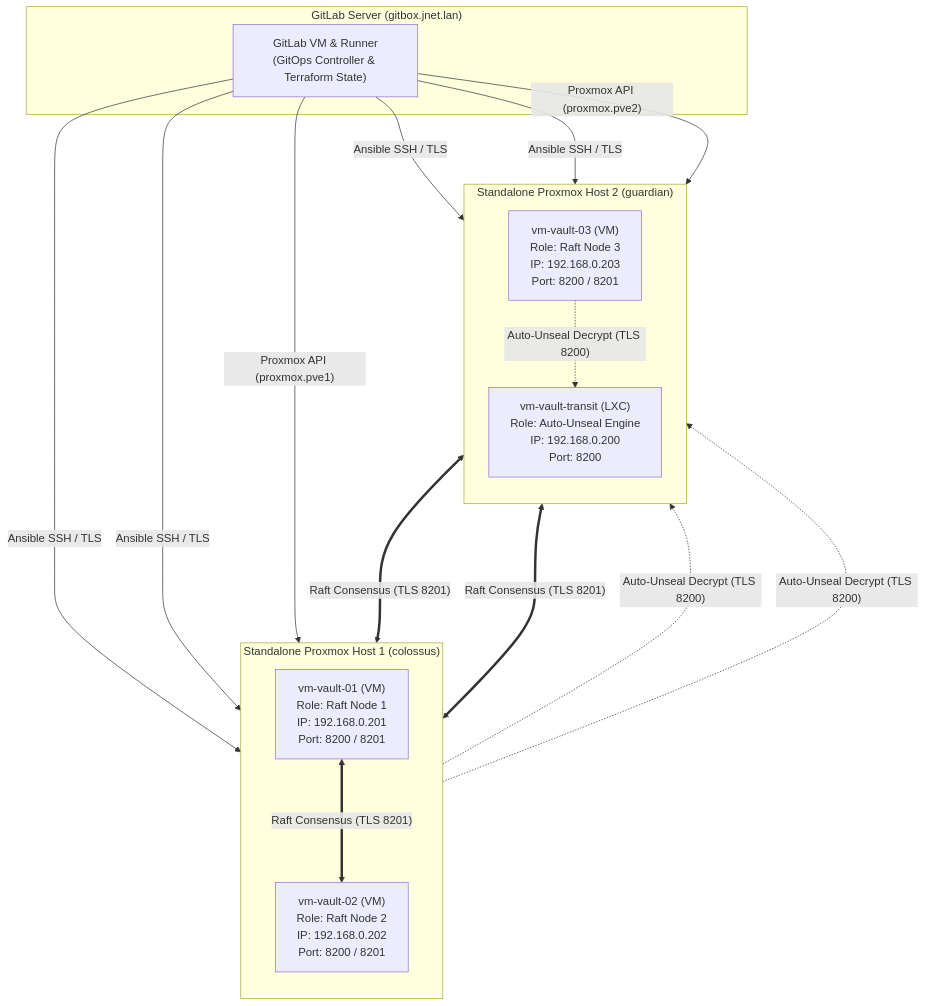
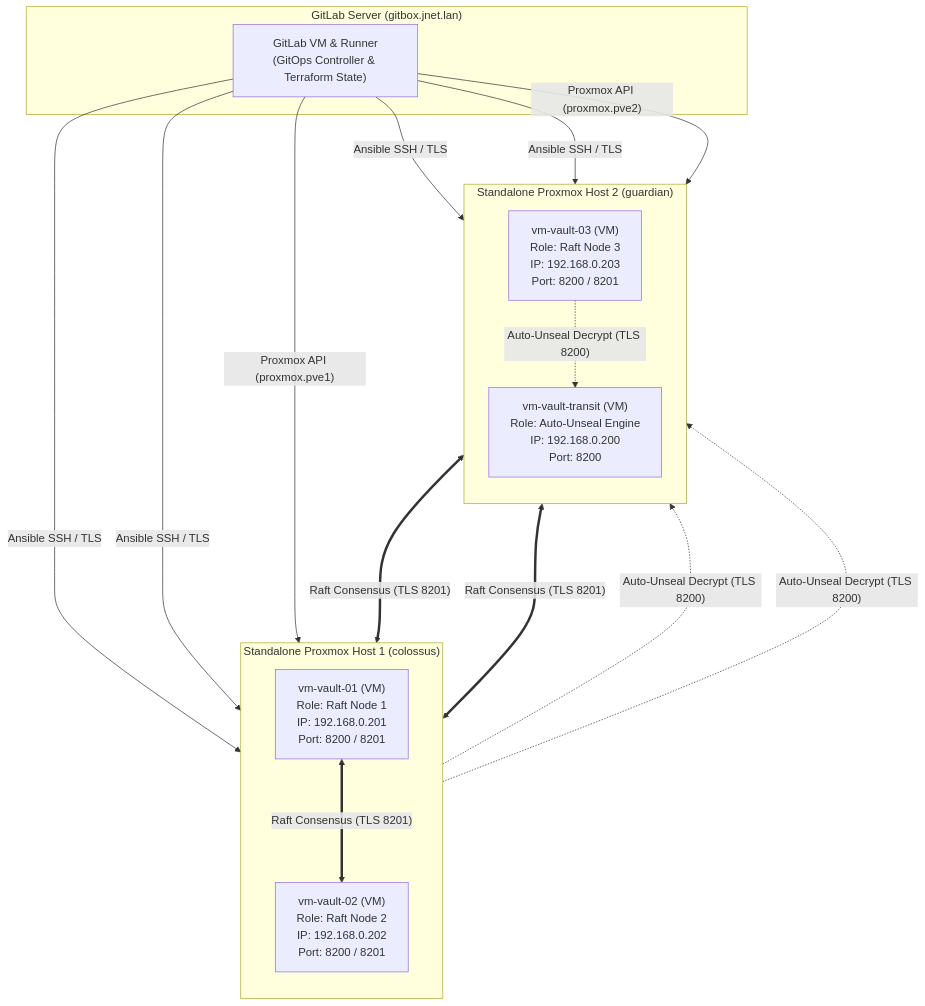
One commit to antonj-code/vault-bootstrap changed the first of 3 diagrams in docs/architecture.md. Above: the diagram before and after it, drawn with Mermaid. The commit also changed other lines of this file and 9 other files, not shown here.

Commit message:
feat(transit): switch Transit Auto-Unseal from LXC to lightweight VM cloned from Template 1000 for 100% automated provisioning

````diff
--- a/docs/architecture.md
+++ b/docs/architecture.md
@@ -9,36 +9,36 @@
 ```mermaid
 flowchart TB
     subgraph Physical_Host_1["Standalone Proxmox Host 1 (colossus)"]
         direction TB
         V1["vm-vault-01 (VM)<br/>Role: Raft Node 1<br/>IP: 192.168.0.201<br/>Port: 8200 / 8201"]
         V2["vm-vault-02 (VM)<br/>Role: Raft Node 2<br/>IP: 192.168.0.202<br/>Port: 8200 / 8201"]
     end
 
     subgraph Physical_Host_2["Standalone Proxmox Host 2 (guardian)"]
         direction TB
         V3["vm-vault-03 (VM)<br/>Role: Raft Node 3<br/>IP: 192.168.0.203<br/>Port: 8200 / 8201"]
-        VT["vm-vault-transit (LXC)<br/>Role: Auto-Unseal Engine<br/>IP: 192.168.0.200<br/>Port: 8200"]
+        VT["vm-vault-transit (VM)<br/>Role: Auto-Unseal Engine<br/>IP: 192.168.0.200<br/>Port: 8200"]
     end
 
     subgraph Management_Host["GitLab Server (gitbox.jnet.lan)"]
         GL["GitLab VM & Runner<br/>(GitOps Controller & Terraform State)"]
     end
 
     %% Raft Consensus
     V1 <===>|"Raft Consensus (TLS 8201)"| V2
     V2 <===>|"Raft Consensus (TLS 8201)"| V3
     V3 <===>|"Raft Consensus (TLS 8201)"| V1
 
     %% Auto Unseal
     V1 -.->|"Auto-Unseal Decrypt (TLS 8200)"| VT
     V2 -.->|"Auto-Unseal Decrypt (TLS 8200)"| VT
     V3 -.->|"Auto-Unseal Decrypt (TLS 8200)"| VT
 
     %% Pipeline deployment
     GL -->|"Proxmox API (proxmox.pve1)"| Physical_Host_1
     GL -->|"Proxmox API (proxmox.pve2)"| Physical_Host_2
     GL -->|"Ansible SSH / TLS"| V1
     GL -->|"Ansible SSH / TLS"| V2
     GL -->|"Ansible SSH / TLS"| V3
     GL -->|"Ansible SSH / TLS"| VT
 ```
````
